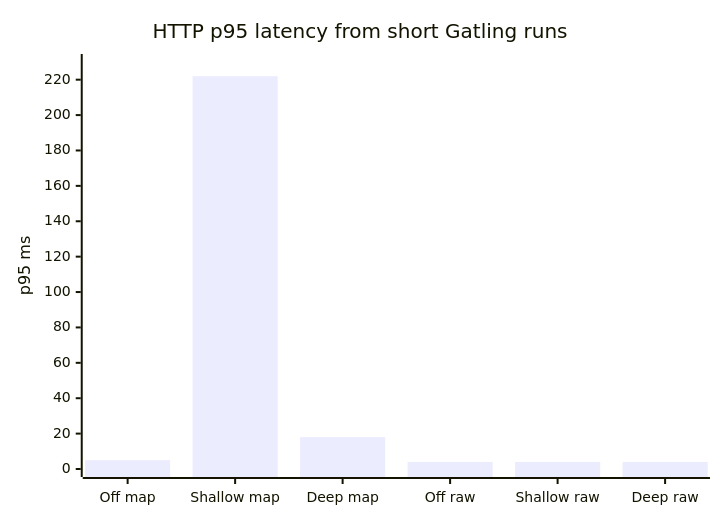
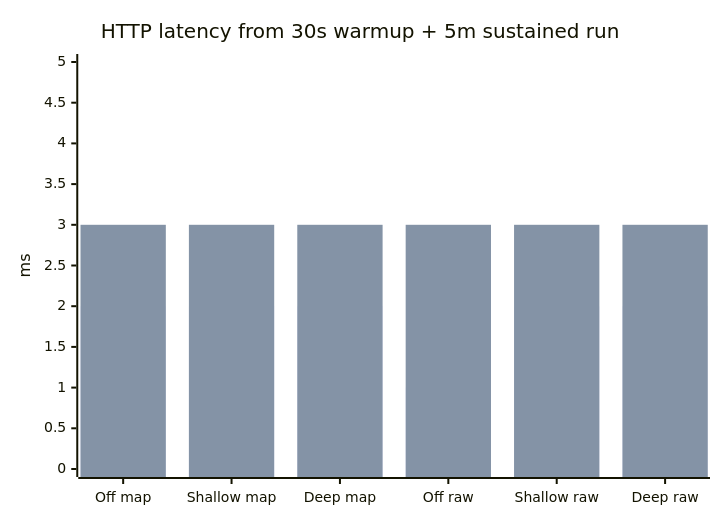
The third of 3 diagrams in complete/docs/extensions-validator-benchmark-report.md (hectorad/bean-validation), drawn with Mermaid before and after one commit. The commit also changed other lines of this file and 4 other files, not shown here.

````diff
--- a/complete/docs/extensions-validator-benchmark-report.md
+++ b/complete/docs/extensions-validator-benchmark-report.md
@@ -106,7 +114,8 @@
 ```mermaid
 xychart-beta
-    title "HTTP p95 latency from short Gatling runs"
+    title "HTTP latency from 30s warmup + 5m sustained run"
     x-axis ["Off map","Shallow map","Deep map","Off raw","Shallow raw","Deep raw"]
-    y-axis "p95 ms" 0 --> 230
-    bar [5, 222, 18, 4, 4, 4]
+    y-axis "ms" 0 --> 5
+    bar "Mean" [2, 2, 2, 1, 2, 2]
+    bar "p95" [3, 3, 3, 3, 3, 3]
 ```
````
